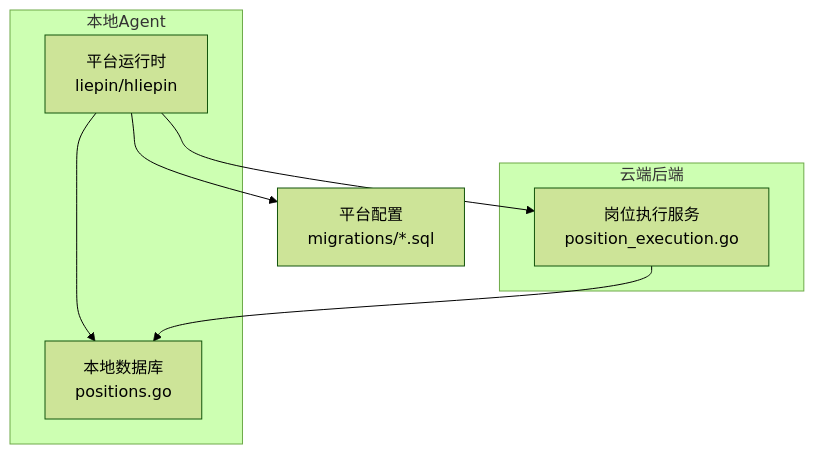
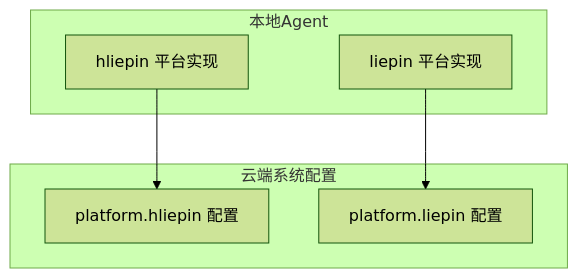
One commit to alvinwangzi/goodhr changed the first of 7 diagrams in .qoder/repowiki/zh/content/本地执行器/平台适配器/猎聘适配器/职位管理.md. Above: the diagram before and after it, drawn with Mermaid (forest theme). The commit also changed other lines of this file and 149 other files, not shown here.

````diff
--- a/.qoder/repowiki/zh/content/本地执行器/平台适配器/猎聘适配器/职位管理.md
+++ b/.qoder/repowiki/zh/content/本地执行器/平台适配器/猎聘适配器/职位管理.md
@@ -46,15 +49,13 @@
 ```mermaid
 graph TB
 subgraph "本地Agent"
-LPR["平台运行时<br/>liepin/hliepin"]
-LDB["本地数据库<br/>positions.go"]
+H["hliepin 平台实现"]
+L["liepin 平台实现"]
 end
-subgraph "云端后端"
-API["岗位执行服务<br/>position_execution.go"]
+subgraph "云端系统配置"
+C1["platform.hliepin 配置"]
+C2["platform.liepin 配置"]
 end
-CFG["平台配置<br/>migrations/*.sql"]
-LPR --> LDB
-LPR --> API
-LPR --> CFG
-API --> LDB
+H --> C1
+L --> C2
 ```
````
